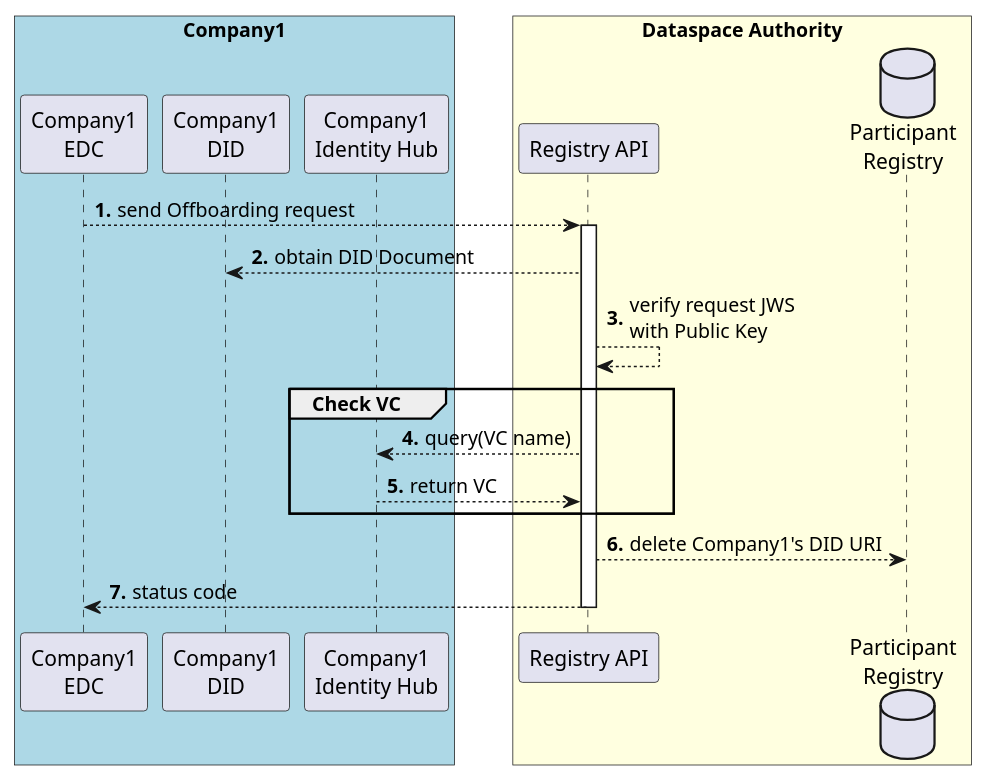
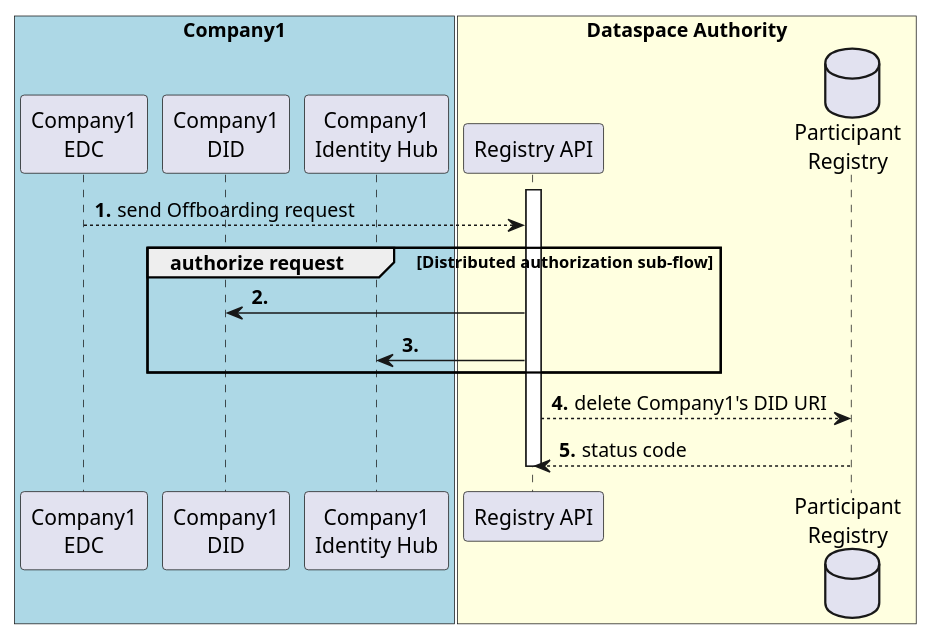
Before and after one commit to Metaform/mvd: the diagram in registration-service/offboarding.puml, drawn with PlantUML. The commit also changed 8 other files, not shown here.

Commit message:
added distr-auth subflow, refactored diagrams

```diff
--- a/registration-service/offboarding.puml
+++ b/registration-service/offboarding.puml
@@ -1,26 +1,25 @@
 @startuml offboarding
 autonumber "<b>0'.'"
 box "Company1" #LightBlue
 Participant "Company1\nEDC" as Company1EDC
 Participant "Company1\nDID" as Company1DID
 Participant "Company1\nIdentity Hub" as IDHUB1
 end box
 
 box "Dataspace Authority" #LightYellow
 Participant "Registry API" as RAPI
 Database "Participant\nRegistry" as Registry
 end box
 
 Company1EDC --> RAPI: send Offboarding request
+group authorize request [Distributed authorization sub-flow]
+  RAPI -> Company1DID
+  RAPI -> IDHUB1
+end
 activate RAPI
-RAPI --> Company1DID: obtain DID Document
-RAPI --> RAPI: verify request JWS\nwith Public Key
-group Check VC
-   RAPI --> IDHUB1: query(VC name) 
-   IDHUB1 --> RAPI: return VC
-end
+
 RAPI --> Registry: delete Company1's DID URI
 return status code
 deactivate RAPI
 
 @enduml
```
